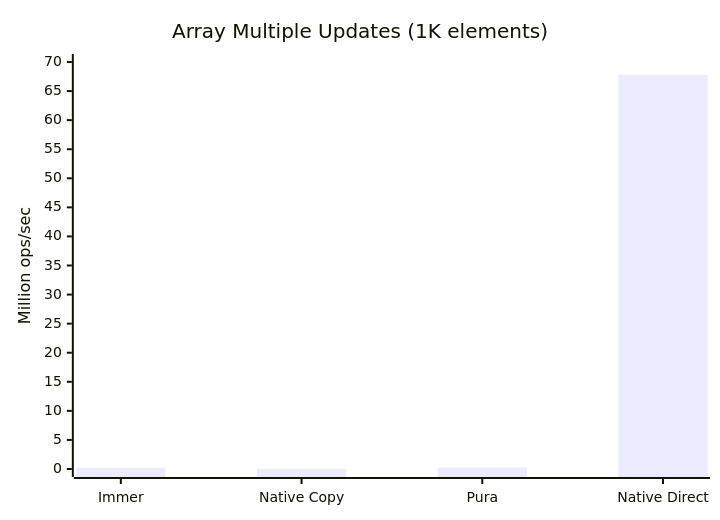
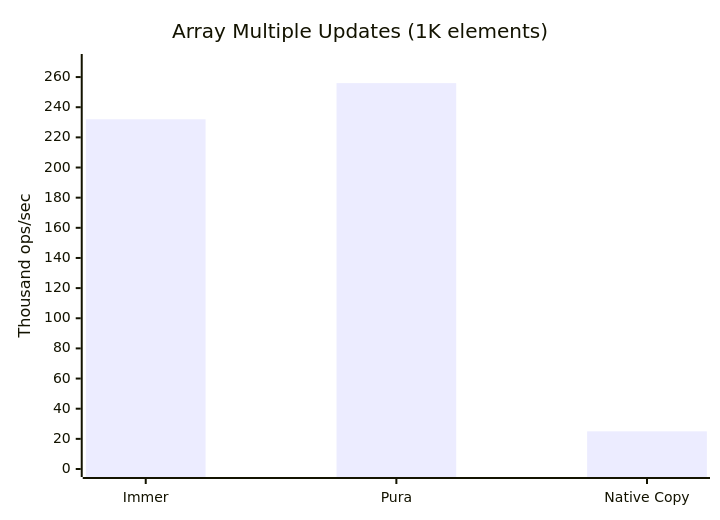
One commit to SylphxAI/pura changed the second of 5 diagrams in README.md. Above: the diagram before and after it, drawn with Mermaid. The commit also changed other lines of this file, not shown here.

First line of the commit message:
docs(readme): remove Native Direct from charts for clarity

````diff
--- a/README.md
+++ b/README.md
@@ -251,13 +251,13 @@
 ```mermaid
 ---
 config:
   themeVariables:
     xyChart:
       backgroundColor: "transparent"
 ---
 xychart-beta
     title "Array Multiple Updates (1K elements)"
-    x-axis ["Immer", "Native Copy", "Pura", "Native Direct"]
-    y-axis "Million ops/sec" 0 --> 70
-    bar [0.232, 0.025, 0.256, 67.8]
+    x-axis ["Immer", "Pura", "Native Copy"]
+    y-axis "Thousand ops/sec" 0 --> 270
+    bar [232, 256, 25]
 ```
````
